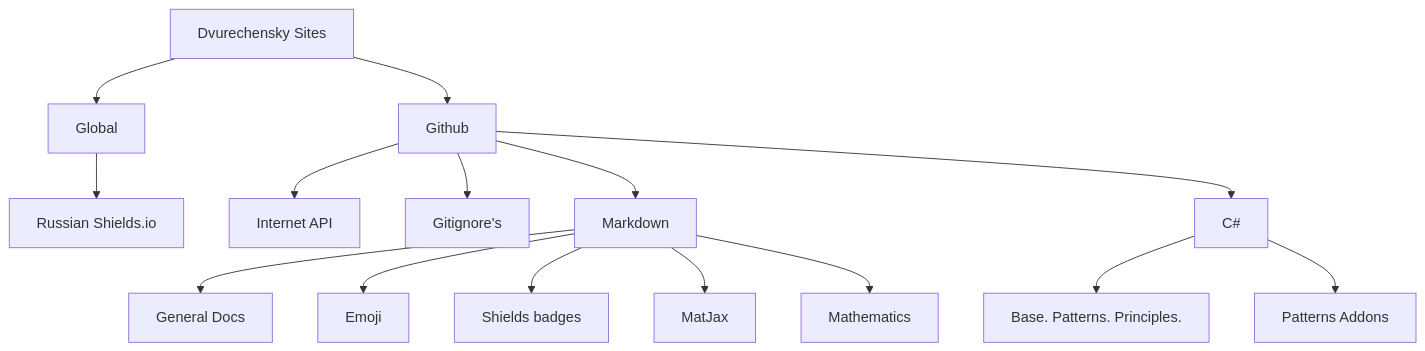
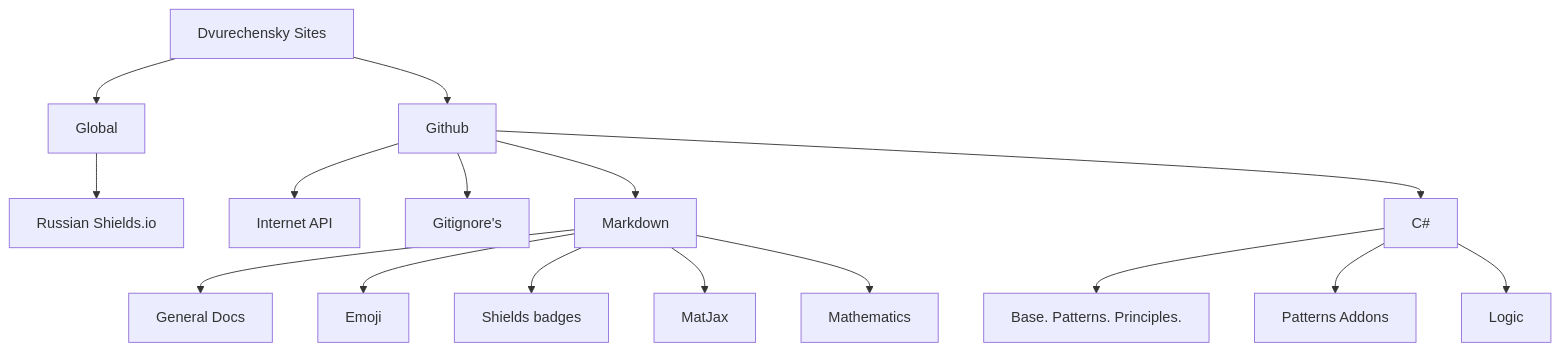
Before and after one commit to Dvurechensky/Dvurechensky: the second of 2 diagrams in README.md, drawn with Mermaid. The commit also changed other lines of this file and 1 other file, not shown here.

````diff
--- a/README.md
+++ b/README.md
@@ -70,17 +70,18 @@
 ```mermaid
 graph TD
   A[Dvurechensky Sites] --> B[Global]
   A[Dvurechensky Sites] --> C[Github]
   B --> E[Russian Shields.io]
   C --> M[Internet API]
   C --> G[Gitignore's]
   C --> H[Markdown]
   C --> N[C#]
   N --> N1[Base. Patterns. Principles.]
   N --> N2[Patterns Addons]
+  N --> N3[Logic]
   H --> K[General Docs]
   H --> L[Emoji]
   H --> Z[Shields badges]
   H --> X[MatJax]
   H --> V[Mathematics]
 ```
````
